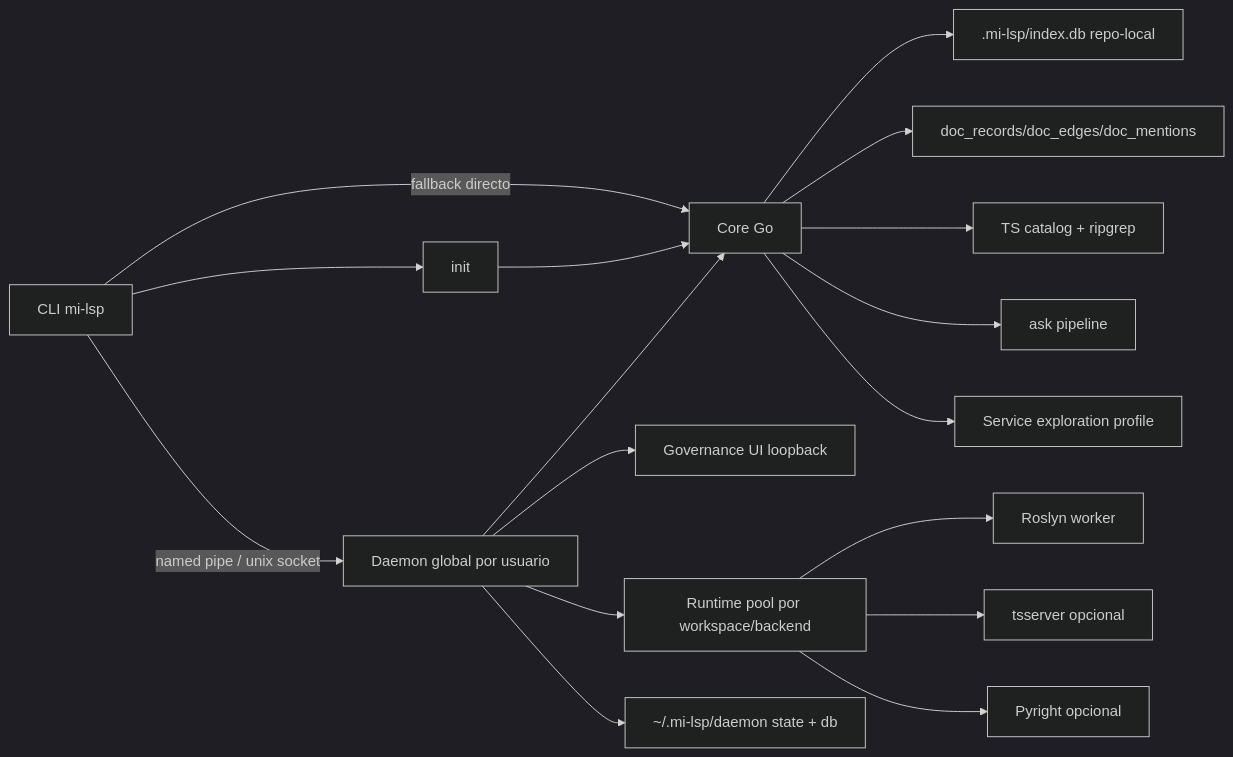
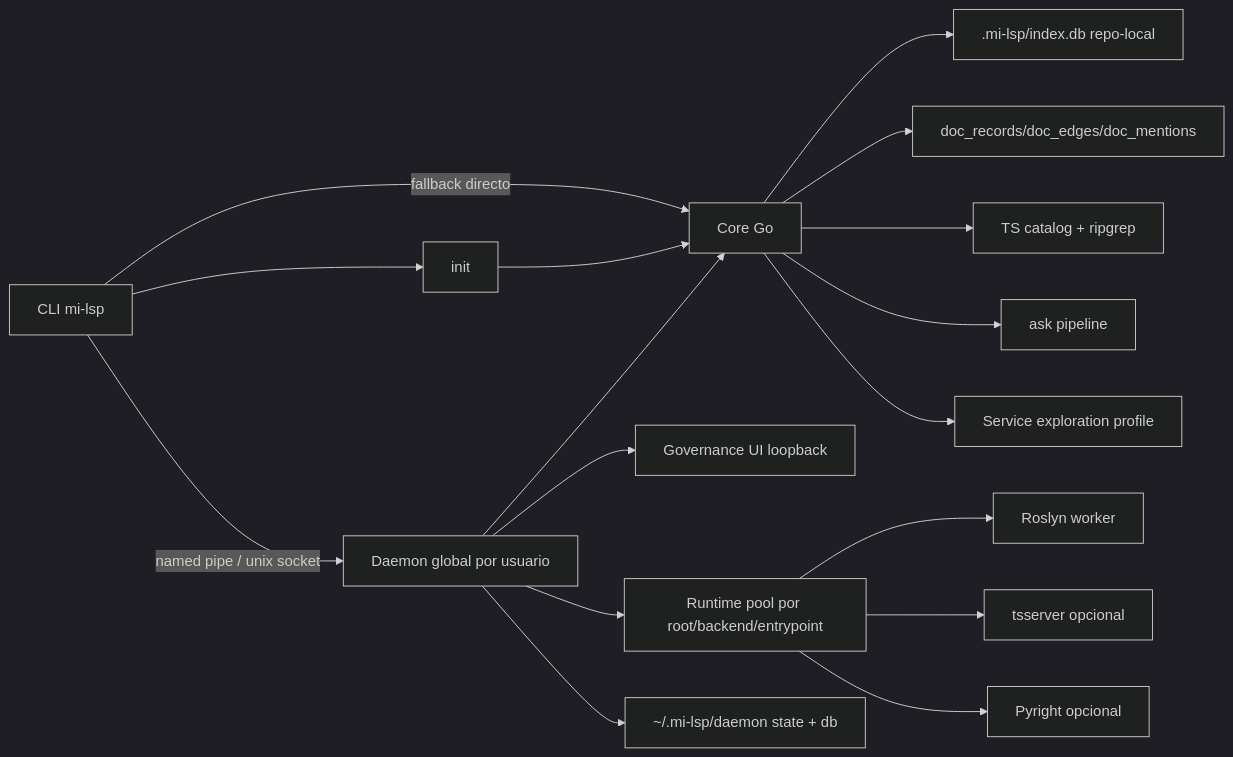
The diagram in .docs/wiki/07_baseline_tecnica.md (fgpaz/mi-lsp), drawn with Mermaid (dark theme) before and after one commit. The commit also changed other lines of this file and 21 other files, not shown here.

Commit message:
fix(workspace): canonicalize daemon runtime identity

````diff
--- a/.docs/wiki/07_baseline_tecnica.md
+++ b/.docs/wiki/07_baseline_tecnica.md
@@ -45,19 +45,19 @@
 ```mermaid
 flowchart LR
     C[CLI mi-lsp] -->|named pipe / unix socket| D[Daemon global por usuario]
     C -->|fallback directo| G[Core Go]
     C --> I[init]
     I --> G
     D --> G
     D --> UI[Governance UI loopback]
     G --> IDX[.mi-lsp/index.db repo-local]
     G --> DOC[doc_records/doc_edges/doc_mentions]
     G --> CAT[TS catalog + ripgrep]
     G --> ASK[ask pipeline]
     G --> SV[Service exploration profile]
-    D --> RP[Runtime pool por workspace/backend]
+    D --> RP[Runtime pool por root/backend/entrypoint]
     RP --> RW[Roslyn worker]
     RP --> TW[tsserver opcional]
     RP --> PW[Pyright opcional]
     D --> GD[~/.mi-lsp/daemon state + db]
 ```
````
